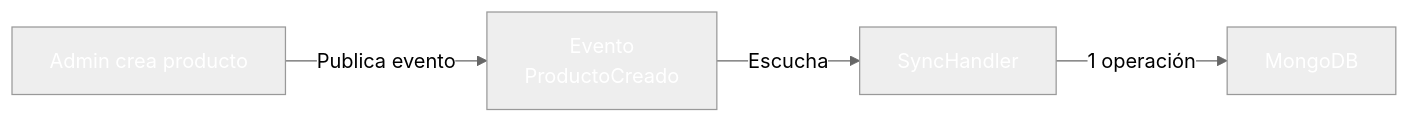
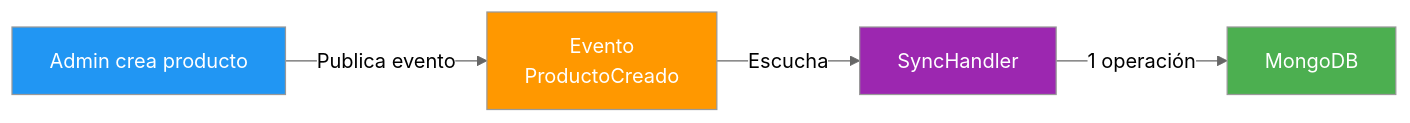
One commit to joseluisgs/DesarrolloWebEntornosServidor-02-2026-2027 changed diagram 16 of 24 in 30-cqrs-mediator.md. Above: the diagram before and after it, drawn with Mermaid (neutral theme). The commit also changed other lines of this file and 29 other files, not shown here.

Commit message:
docs: corregir estilos Mermaid y estilo, quitar referencias a la Tienda y reestructurar los retos 13 y 15

````diff
--- a/30-cqrs-mediator.md
+++ b/30-cqrs-mediator.md
@@ -1009,11 +1009,11 @@
 ```mermaid
 flowchart LR
     A["Admin crea producto"] -->|"Publica evento"| B["Evento\nProductoCreado"]
     B -->|"Escucha"| C["SyncHandler"]
     C -->|"1 operación"| D["MongoDB"]
 
-    style A fill:#2196F,color:#fff3,color:#fff
-    style B fill:#FF980,color:#fff0,color:#fff
-    style C fill:#9C27B,color:#fff0,color:#fff
-    style D fill:#4CAF5,color:#fff0,color:#fff
+    style A fill:#2196F3,color:#fff
+    style B fill:#FF9800,color:#fff
+    style C fill:#9C27B0,color:#fff
+    style D fill:#4CAF50,color:#fff
 ```
````
